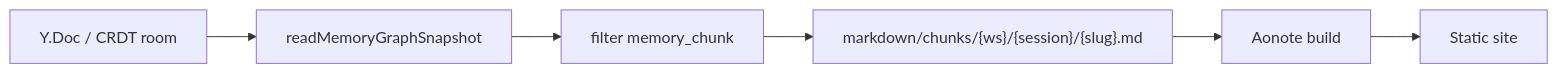
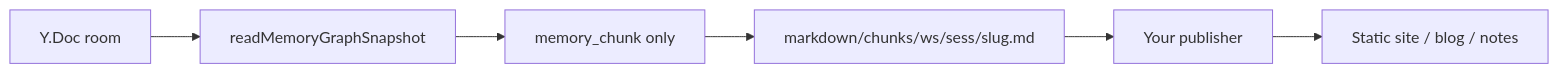
The diagram in docs/en/export.md (runsli/slisync), drawn with Mermaid before and after one commit. The commit also changed other lines of this file and 26 other files, not shown here.

````diff
--- a/docs/en/export.md
+++ b/docs/en/export.md
@@ -13,8 +11,8 @@
 ```mermaid
 flowchart LR
-  A[Y.Doc / CRDT room] --> B[readMemoryGraphSnapshot]
-  B --> C[filter memory_chunk]
-  C --> D["markdown/chunks/{ws}/{session}/{slug}.md"]
-  D --> E[Aonote build]
-  E --> F[Static site]
+  CRDT[Y.Doc room] --> Snap[readMemoryGraphSnapshot]
+  Snap --> Filter[memory_chunk only]
+  Filter --> MD["markdown/chunks/ws/sess/slug.md"]
+  MD --> YOU[Your publisher]
+  YOU --> Site[Static site / blog / notes]
 ```
````
